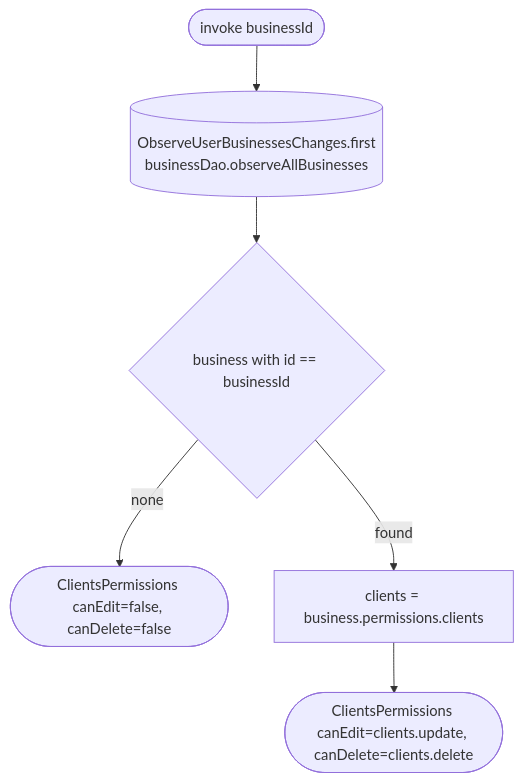
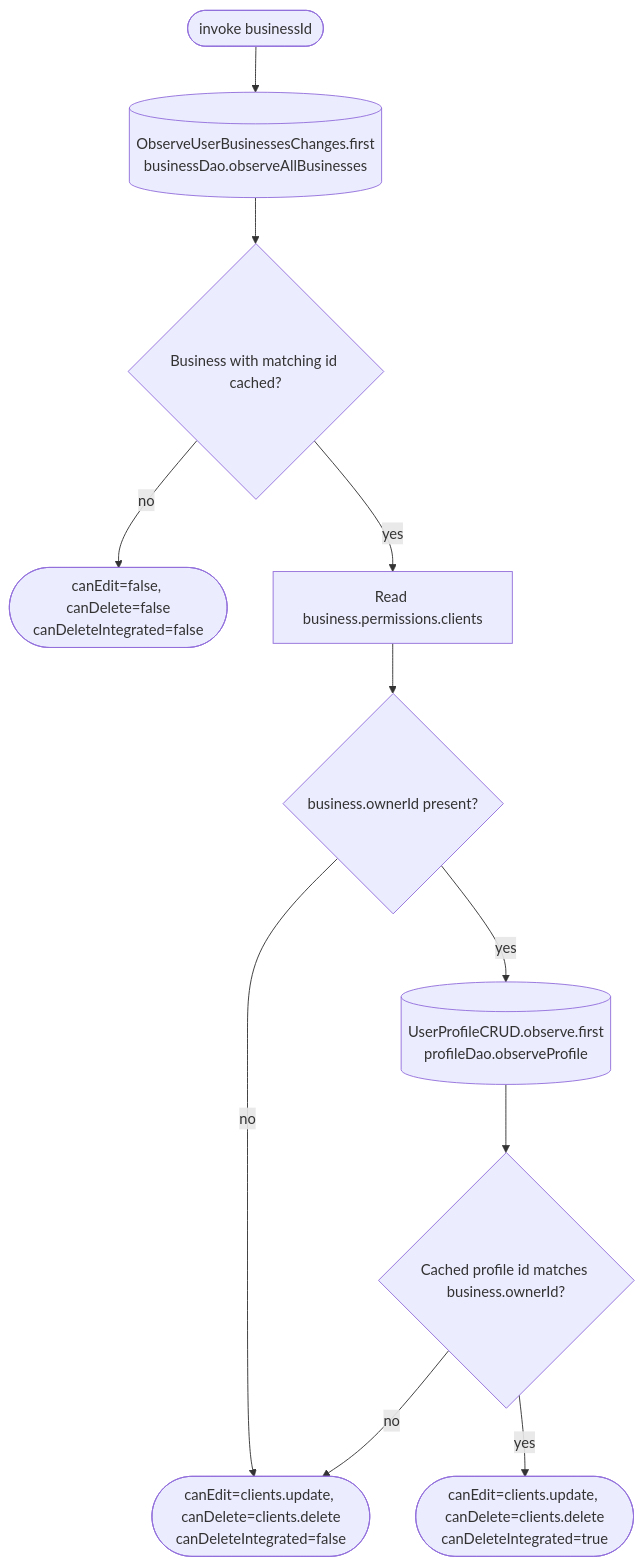
Before and after one commit to nocturneproperties/bookkme-client: the diagram in docs/operations/clients/get-clients-permissions.md, drawn with Mermaid. The commit also changed other lines of this file and 14 other files, not shown here.

````diff
--- a/docs/operations/clients/get-clients-permissions.md
+++ b/docs/operations/clients/get-clients-permissions.md
@@ -17,8 +23,13 @@
 ```mermaid
 flowchart TD
     Start([invoke businessId]) --> Db[(ObserveUserBusinessesChanges.first<br/>businessDao.observeAllBusinesses)]
-    Db --> Find{business with id == businessId}
-    Find -- none --> Deny([ClientsPermissions canEdit=false, canDelete=false])
-    Find -- found --> Map[clients = business.permissions.clients]
-    Map --> Result([ClientsPermissions canEdit=clients.update, canDelete=clients.delete])
+    Db --> Find{Business with matching id cached?}
+    Find -- no --> Deny([canEdit=false, canDelete=false<br/>canDeleteIntegrated=false])
+    Find -- yes --> Map[Read business.permissions.clients]
+    Map --> Owner{business.ownerId present?}
+    Owner -- no --> Grants([canEdit=clients.update, canDelete=clients.delete<br/>canDeleteIntegrated=false])
+    Owner -- yes --> Profile[(UserProfileCRUD.observe.first<br/>profileDao.observeProfile)]
+    Profile --> Match{Cached profile id matches business.ownerId?}
+    Match -- no --> Grants
+    Match -- yes --> Allow([canEdit=clients.update, canDelete=clients.delete<br/>canDeleteIntegrated=true])
 ```
````
